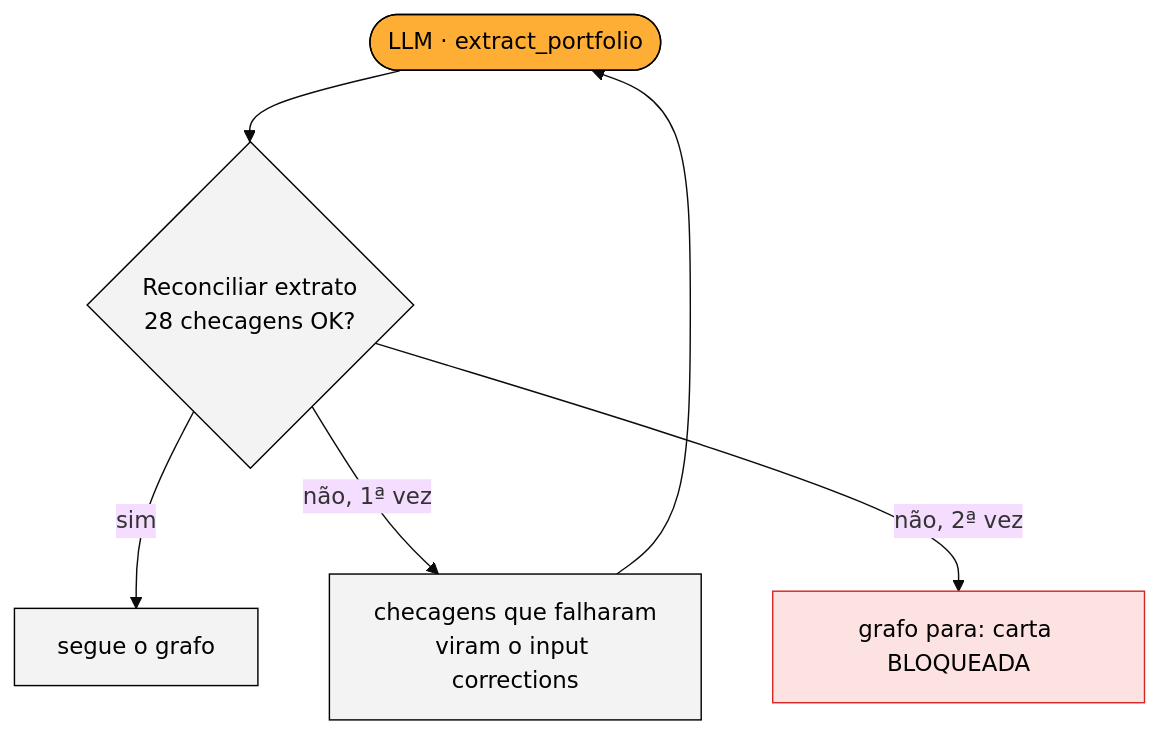
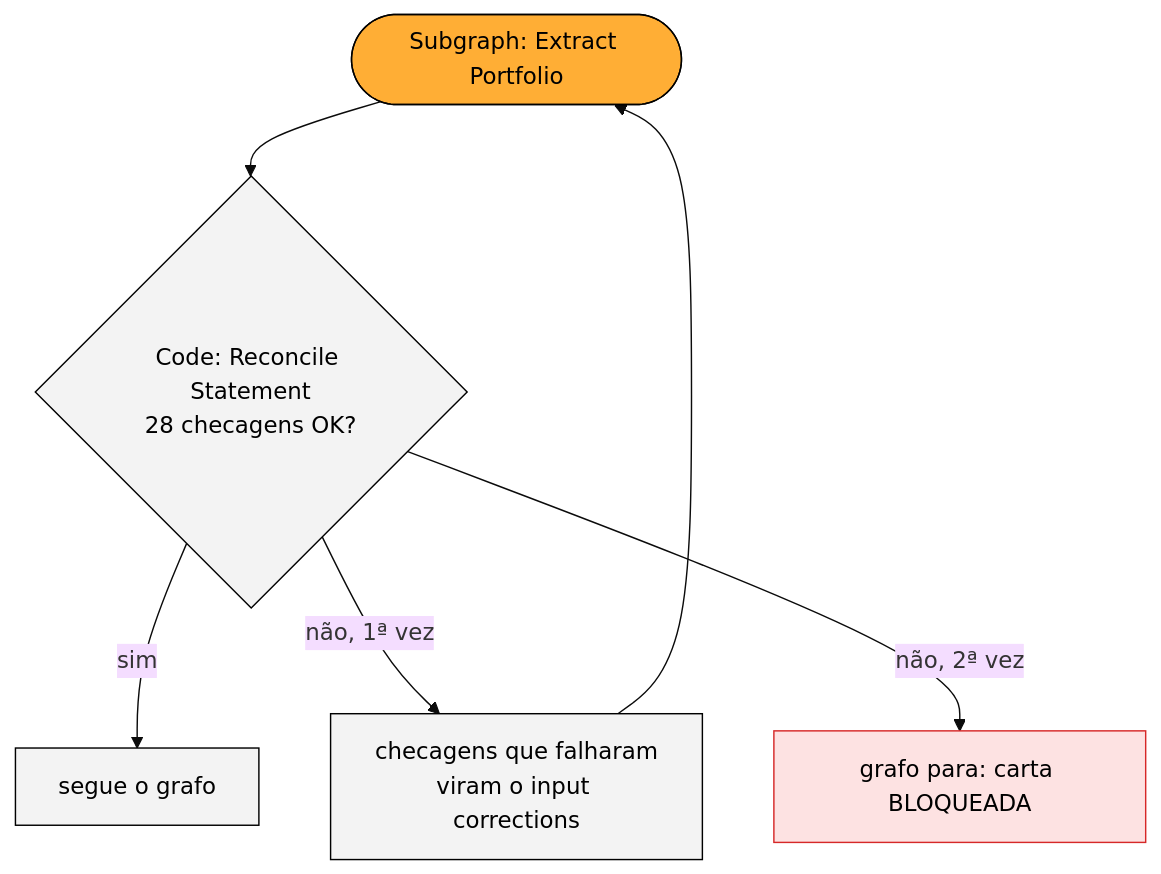
One commit to eu-adrianocarvalho/enter-challenge changed the first of 3 diagrams in docs/06_qualidade_e_travas.md. Above: the diagram before and after it, drawn with Mermaid (base theme). The commit also changed other lines of this file and 73 other files, not shown here.

````diff
--- a/docs/06_qualidade_e_travas.md
+++ b/docs/06_qualidade_e_travas.md
@@ -19,13 +19,13 @@
 ```mermaid
 flowchart TD
-  A(["LLM · extract_portfolio"]) --> B{"Reconciliar extrato<br/>28 checagens OK?"}
+  A(["Subgraph: Extract Portfolio"]) --> B{"Code: Reconcile Statement<br/>28 checagens OK?"}
   B -- sim --> C["segue o grafo"]
   B -- "não, 1ª vez" --> D["checagens que falharam<br/>viram o input corrections"] --> A
   B -- "não, 2ª vez" --> E["grafo para: carta BLOQUEADA"]
   classDef rivet fill:#ffae35,stroke:#000,color:#000
   classDef code fill:#f3f3f3,stroke:#000,color:#000
   classDef bad fill:#fde2e2,stroke:#d62828,color:#000
   class A rivet
   class B,C,D code
   class E bad
 ```
````
